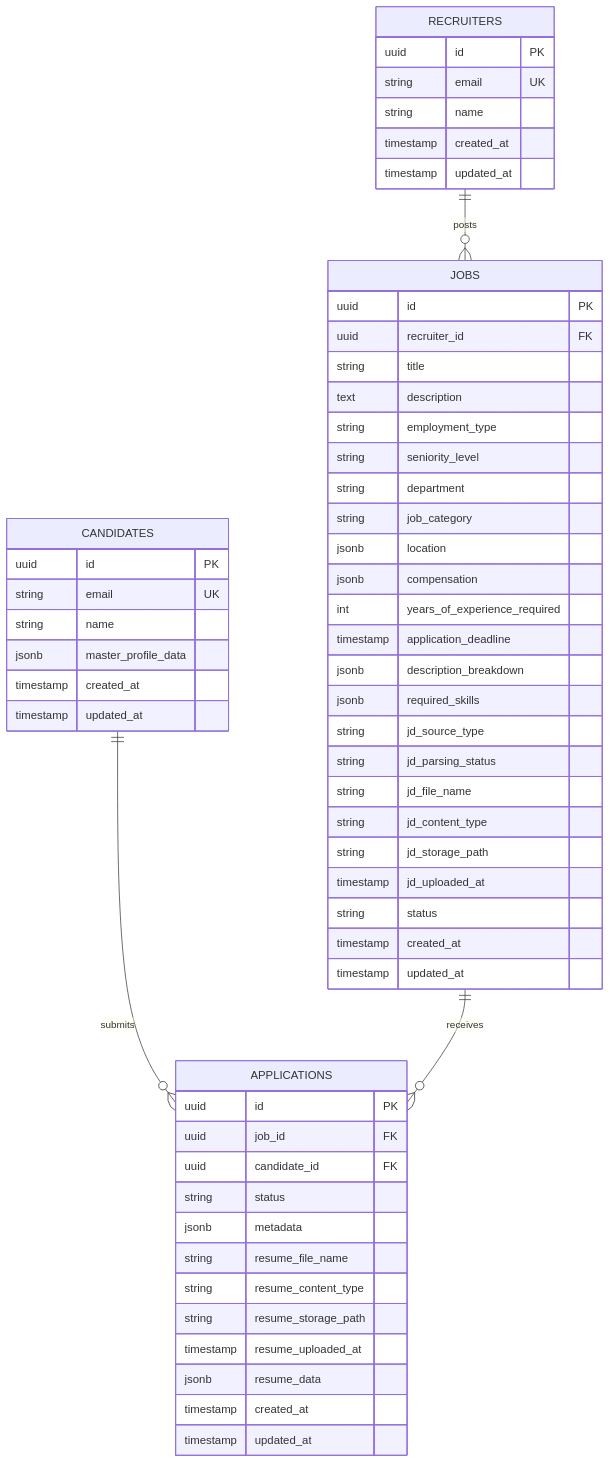
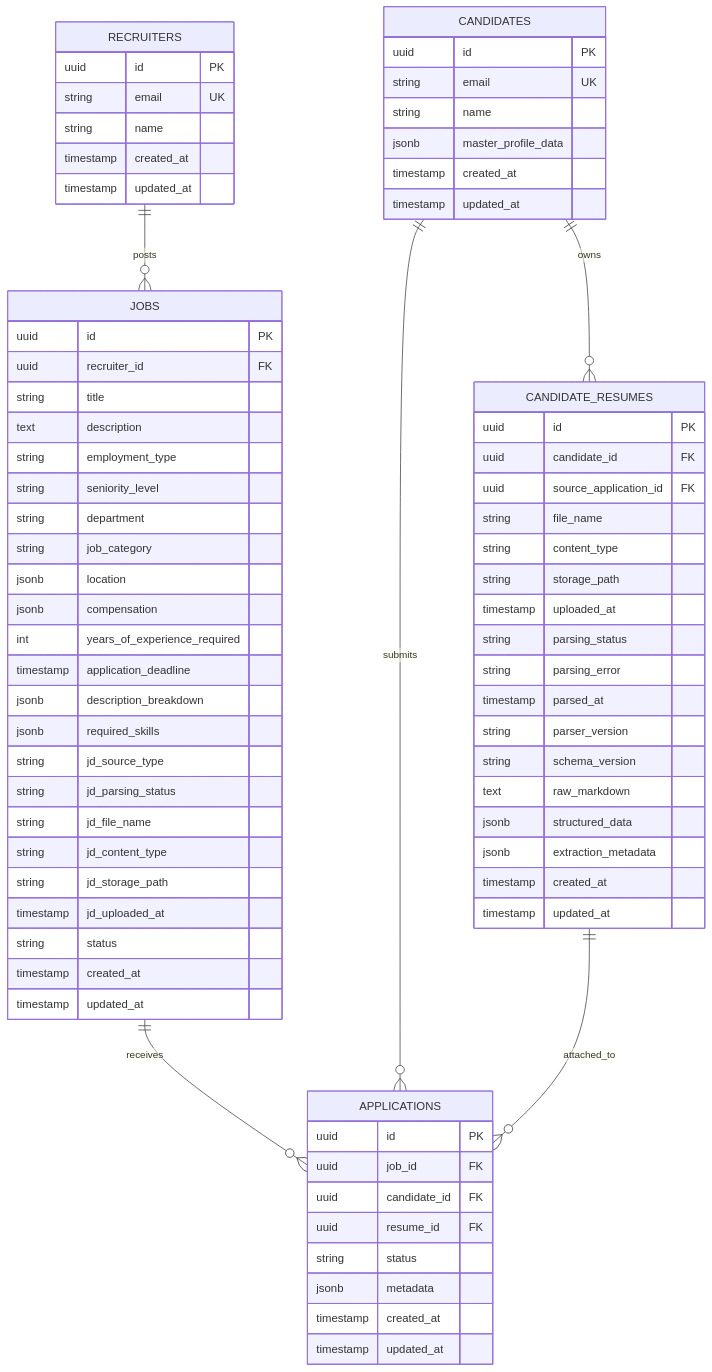
The first of 2 diagrams in docs/DATABASE.md (afnan-emumba/smart-hire), drawn with Mermaid before and after one commit. The commit also changed other lines of this file and 18 other files, not shown here.

First line of the commit message:
feat: Enhance eligibility and job services with candidate resume integration

````diff
--- a/docs/DATABASE.md
+++ b/docs/DATABASE.md
@@ -9,64 +9,82 @@
 ```mermaid
 erDiagram
     RECRUITERS ||--o{ JOBS : posts
     CANDIDATES ||--o{ APPLICATIONS : submits
+  CANDIDATES ||--o{ CANDIDATE_RESUMES : owns
     JOBS ||--o{ APPLICATIONS : receives
+  CANDIDATE_RESUMES ||--o{ APPLICATIONS : attached_to
 
     RECRUITERS {
         uuid id PK
         string email UK
         string name
         timestamp created_at
         timestamp updated_at
     }
 
     CANDIDATES {
         uuid id PK
         string email UK
         string name
         jsonb master_profile_data
         timestamp created_at
         timestamp updated_at
+    }
+
+    CANDIDATE_RESUMES {
+      uuid id PK
+      uuid candidate_id FK
+      uuid source_application_id FK
+      string file_name
+      string content_type
+      string storage_path
+      timestamp uploaded_at
+      string parsing_status
+      string parsing_error
+      timestamp parsed_at
+      string parser_version
+      string schema_version
+      text raw_markdown
+      jsonb structured_data
+      jsonb extraction_metadata
+      timestamp created_at
+      timestamp updated_at
     }
 
     JOBS {
         uuid id PK
         uuid recruiter_id FK
         string title
         text description
         string employment_type
         string seniority_level
         string department
         string job_category
         jsonb location
         jsonb compensation
         int years_of_experience_required
         timestamp application_deadline
         jsonb description_breakdown
         jsonb required_skills
         string jd_source_type
         string jd_parsing_status
         string jd_file_name
         string jd_content_type
         string jd_storage_path
         timestamp jd_uploaded_at
         string status
         timestamp created_at
         timestamp updated_at
     }
 
     APPLICATIONS {
         uuid id PK
         uuid job_id FK
         uuid candidate_id FK
+      uuid resume_id FK
         string status
         jsonb metadata
-        string resume_file_name
-        string resume_content_type
-        string resume_storage_path
-        timestamp resume_uploaded_at
-        jsonb resume_data
         timestamp created_at
         timestamp updated_at
     }
 ```
````
